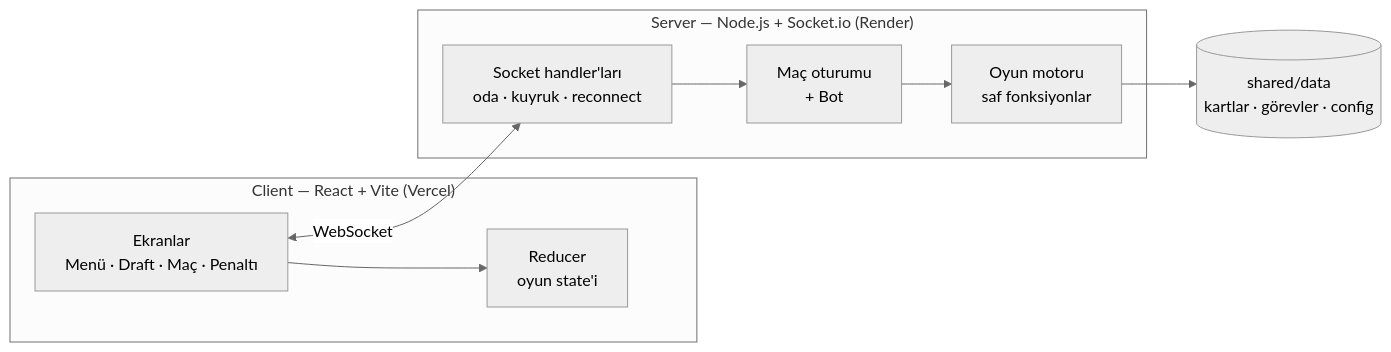
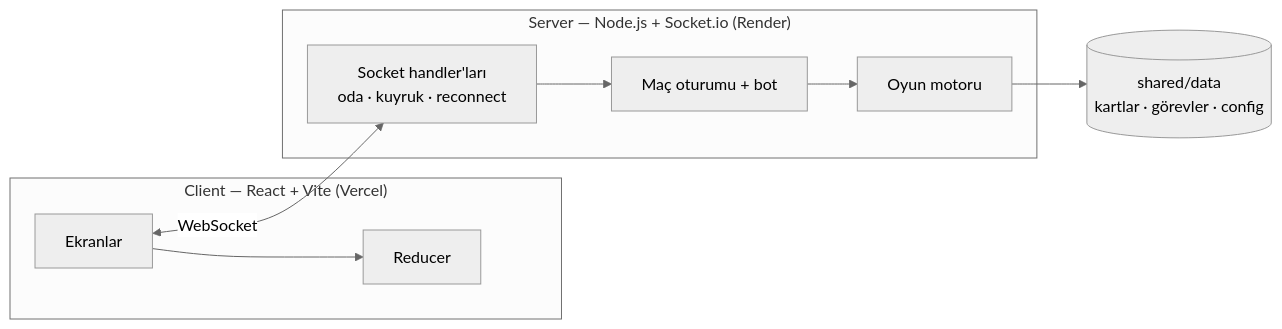
Before and after one commit to merenkoc/futbol-kart-duellosu: the diagram in README.md, drawn with Mermaid (neutral theme). The commit also changed other lines of this file and 24 other files, not shown here.

````diff
--- a/README.md
+++ b/README.md
@@ -74,17 +47,17 @@
 ```mermaid
 flowchart LR
     subgraph Client["Client — React + Vite (Vercel)"]
-        UI[Ekranlar<br/>Menü · Draft · Maç · Penaltı]
-        R[Reducer<br/>oyun state'i]
+        UI[Ekranlar]
+        R[Reducer]
     end
     subgraph Server["Server — Node.js + Socket.io (Render)"]
         H[Socket handler'ları<br/>oda · kuyruk · reconnect]
-        S[Maç oturumu<br/>+ Bot]
-        E[Oyun motoru<br/>saf fonksiyonlar]
+        S[Maç oturumu + bot]
+        E[Oyun motoru]
     end
     D[(shared/data<br/>kartlar · görevler · config)]
     UI <-- WebSocket --> H
     UI --> R
     H --> S --> E
     E --> D
 ```
````
